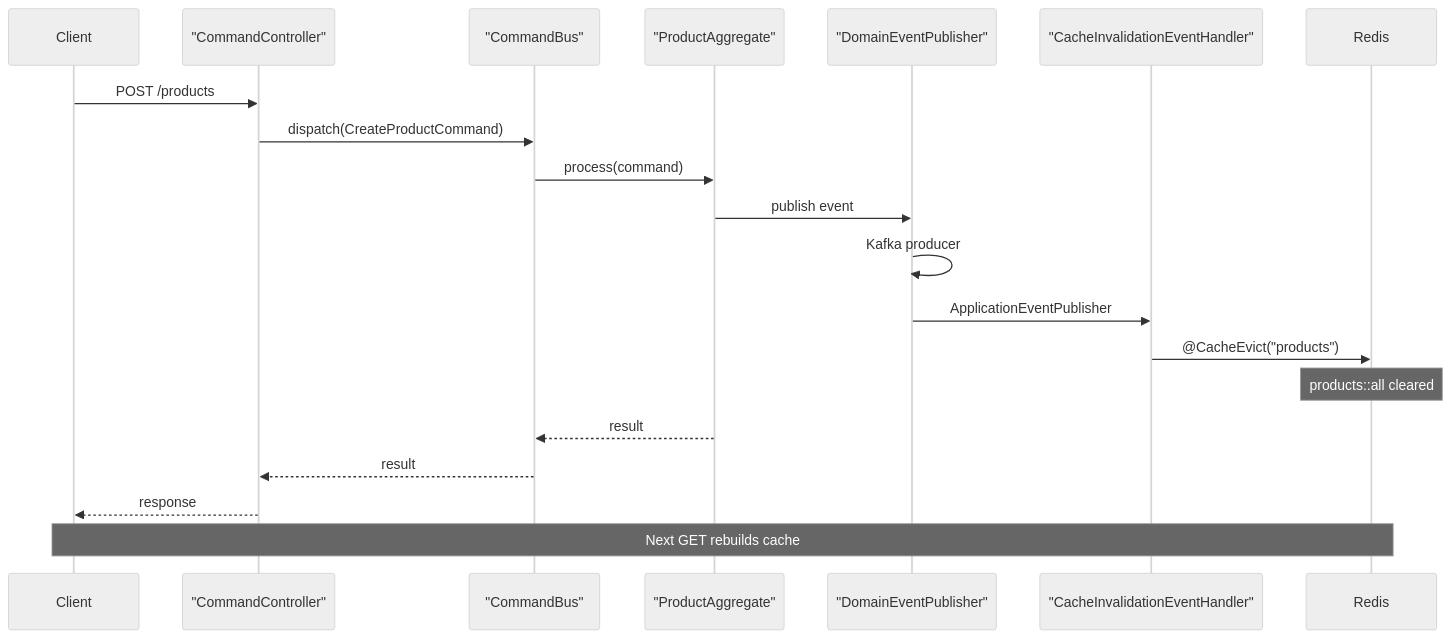
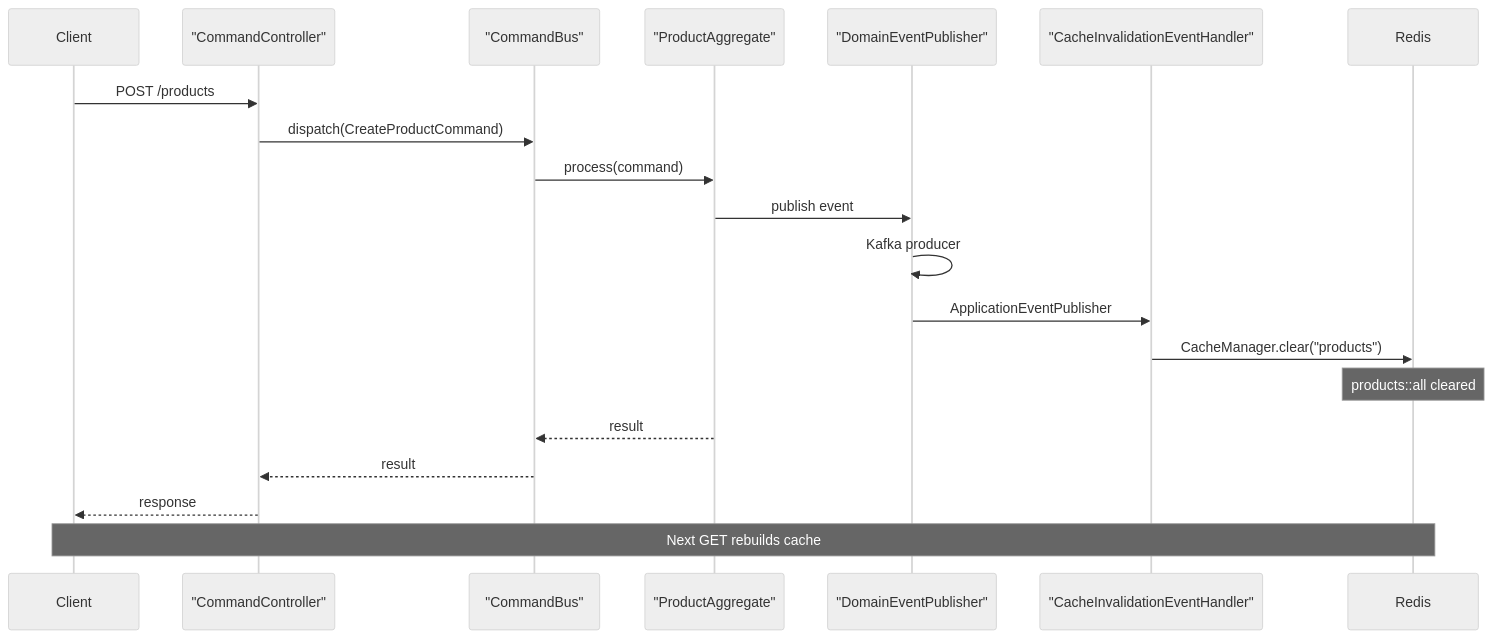
One commit to leosalazarn/microservices changed the fourth of 4 diagrams in docs/ARCHITECTURE.md. Above: the diagram before and after it, drawn with Mermaid (neutral theme). The commit also changed other lines of this file and 5 other files, not shown here.

First line of the commit message:
docs: update tech stack, tools, and architecture docs to reflect Phase 7

````diff
--- a/docs/ARCHITECTURE.md
+++ b/docs/ARCHITECTURE.md
@@ -127,24 +127,24 @@
 ```mermaid
 sequenceDiagram
     participant Client
     participant CmdCtrl as "CommandController"
     participant Bus as "CommandBus"
     participant Aggregate as "ProductAggregate"
     participant Pub as "DomainEventPublisher"
     participant Listener as "CacheInvalidationEventHandler"
     participant Redis
 
     Client->>CmdCtrl: POST /products
     CmdCtrl->>Bus: dispatch(CreateProductCommand)
     Bus->>Aggregate: process(command)
     Aggregate->>Pub: publish event
     Pub->>Pub: Kafka producer
     Pub->>Listener: ApplicationEventPublisher
-    Listener->>Redis: @CacheEvict("products")
+    Listener->>Redis: CacheManager.clear("products")
     Note over Redis: products::all cleared
     Aggregate-->>Bus: result
     Bus-->>CmdCtrl: result
     CmdCtrl-->>Client: response
 
     Note over Client,Redis: Next GET rebuilds cache
 ```
````
